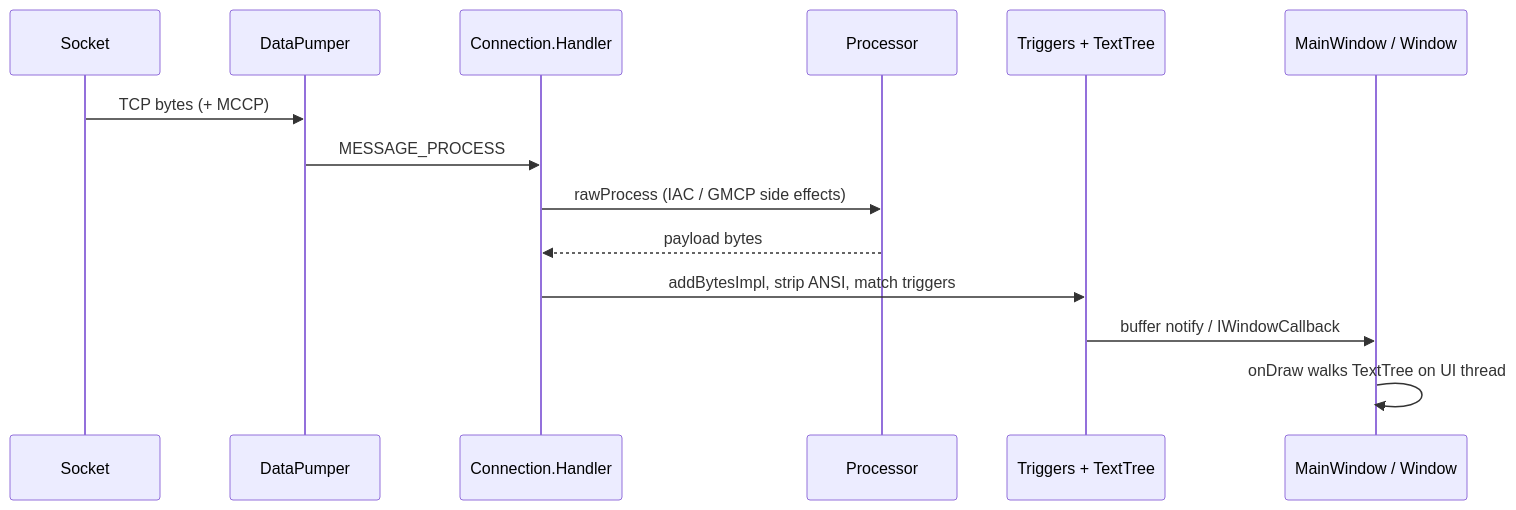
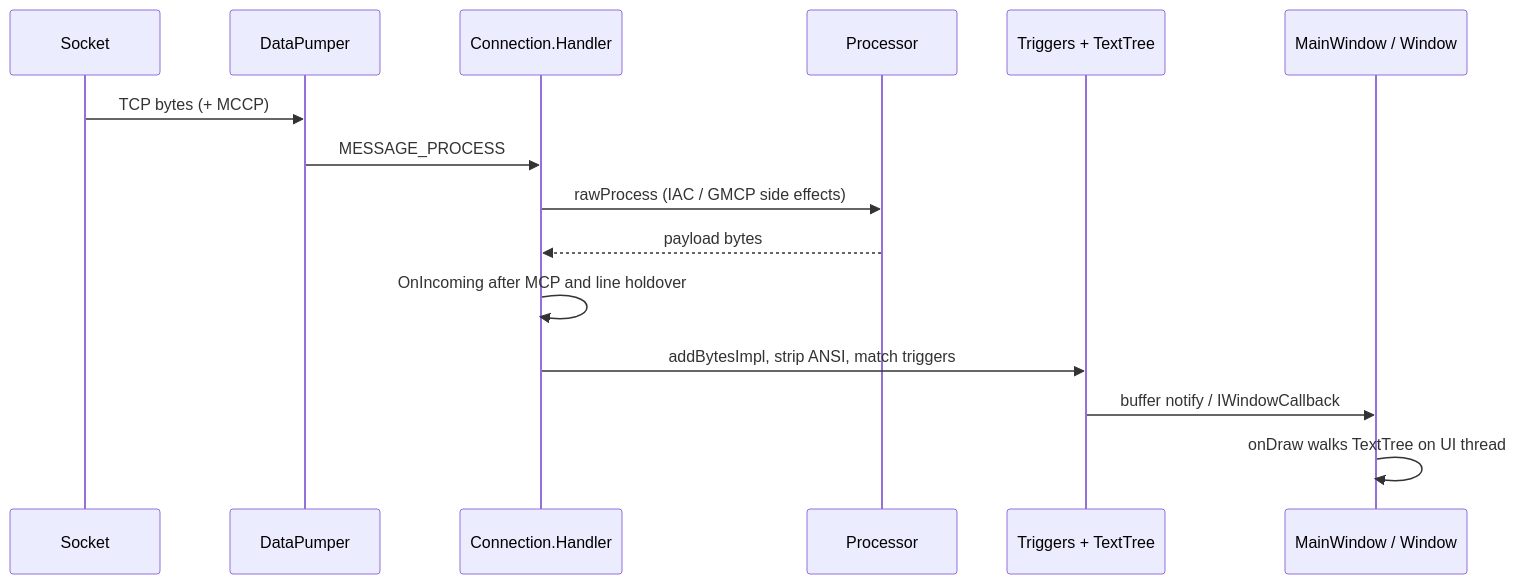
The second of 3 diagrams in docs/architecture.md (Taracair/BlowTorch2), drawn with Mermaid before and after one commit. The commit also changed other lines of this file and 5 other files, not shown here.

````diff
--- a/docs/architecture.md
+++ b/docs/architecture.md
@@ -319,17 +319,18 @@
 ```mermaid
 sequenceDiagram
   participant Sock as Socket
   participant DP as DataPumper
   participant Conn as Connection.Handler
   participant Proc as Processor
   participant Pipe as Triggers + TextTree
   participant UI as MainWindow / Window
 
   Sock->>DP: TCP bytes (+ MCCP)
   DP->>Conn: MESSAGE_PROCESS
   Conn->>Proc: rawProcess (IAC / GMCP side effects)
   Proc-->>Conn: payload bytes
+  Conn->>Conn: OnIncoming after MCP and line holdover
   Conn->>Pipe: addBytesImpl, strip ANSI, match triggers
   Pipe->>UI: buffer notify / IWindowCallback
   UI->>UI: onDraw walks TextTree on UI thread
 ```
````
